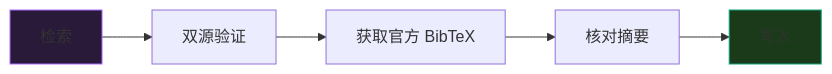
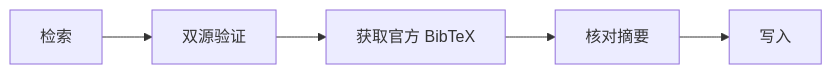
The second of 3 diagrams in src/content/docs/writing/collaboration.mdx (yiweinanzi/ai-research-ebook), drawn with Mermaid before and after one commit. The commit also changed other lines of this file and 8 other files, not shown here.

First line of the commit message:
feat: enhance homepage and diagram scripts

````diff
--- a/src/content/docs/writing/collaboration.mdx
+++ b/src/content/docs/writing/collaboration.mdx
@@ -39,10 +35,8 @@
 ```mermaid
 flowchart LR
     A[检索] --> B[双源验证]
     B --> C[获取官方 BibTeX]
     C --> D[核对摘要]
     D --> E[写入]
 
-    style A fill:#2a1a3a,stroke:#ab68ff
-    style E fill:#1a3a1a,stroke:#10a37f
 ```
````
